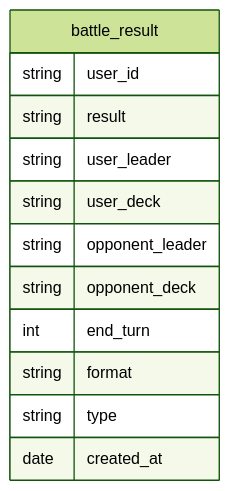
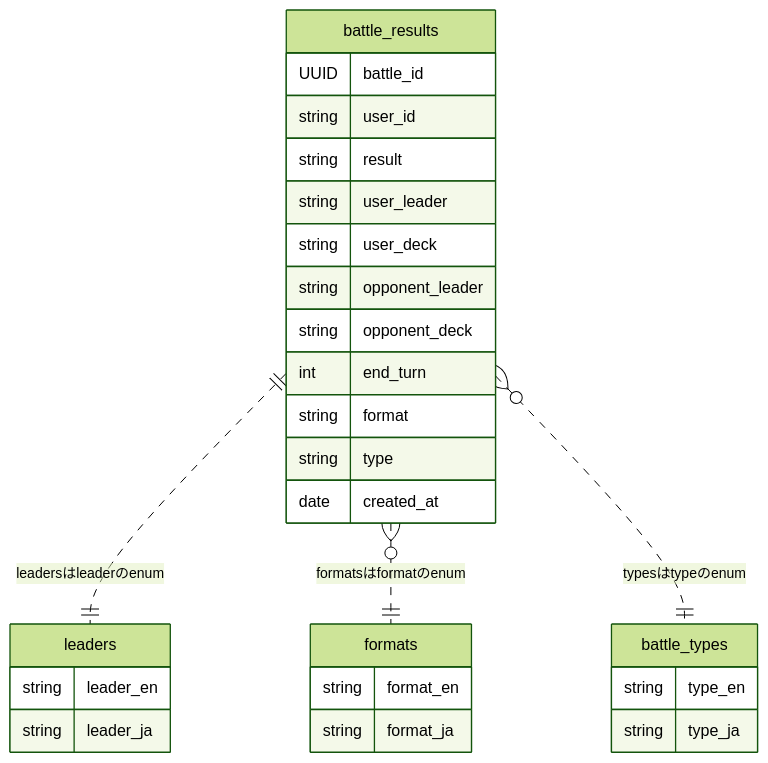
The diagram in documents/er.md (tunamaguro/svlog), drawn with Mermaid (forest theme) before and after one commit. The commit also changed other lines of this file, not shown here.

Commit message:
ざっくりER図を考えた

````diff
--- a/documents/er.md
+++ b/documents/er.md
@@ -23,16 +23,37 @@
 ```mermaid
 erDiagram
 
-battle_result {
+battle_results ||..|| leaders:"leadersはleaderのenum"
+battle_results }o..|| formats:"formatsはformatのenum"
+battle_results }o..|| battle_types:"typesはtypeのenum"
+
+battle_results {
+  UUID battle_id
   string user_id
   string result
   string user_leader
   string user_deck
   string opponent_leader
   string opponent_deck
   int end_turn
   string format
   string type
   date created_at
 }
+
+leaders{
+    string leader_en
+    string leader_ja
+}
+
+formats{
+    string format_en
+    string format_ja
+}
+
+battle_types{
+    string type_en
+    string type_ja
+}
+
 ```
````
